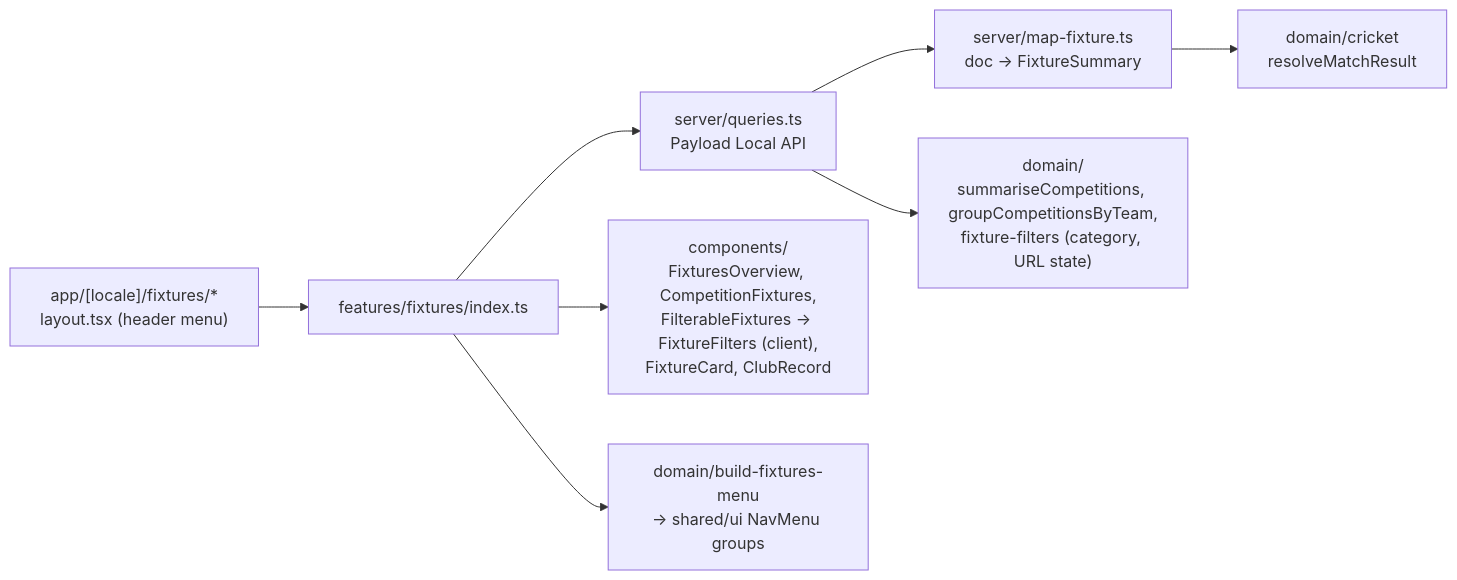
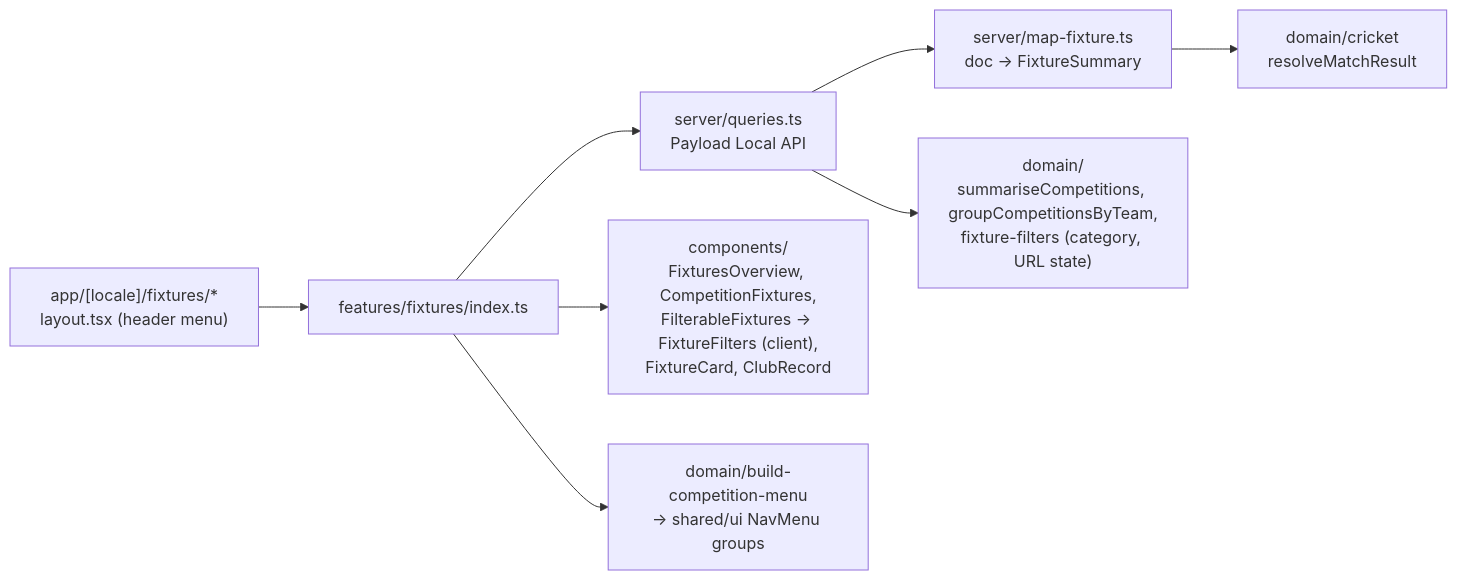
Before and after one commit to Saqibrafiq/erlangen-cricket-club: the third of 4 diagrams in docs/arc42/05-building-block-view.md, drawn with Mermaid. The commit also changed other lines of this file and 65 other files, not shown here.

````diff
--- a/docs/arc42/05-building-block-view.md
+++ b/docs/arc42/05-building-block-view.md
@@ -78,10 +79,10 @@
 ```mermaid
 flowchart LR
   pages["app/[locale]/fixtures/*<br/>layout.tsx (header menu)"] --> index["features/fixtures/index.ts"]
   index --> queries["server/queries.ts<br/>Payload Local API"]
   queries --> mapper["server/map-fixture.ts<br/>doc → FixtureSummary"]
   mapper --> domain["domain/cricket<br/>resolveMatchResult"]
   queries --> fdomain["domain/<br/>summariseCompetitions, groupCompetitionsByTeam,<br/>fixture-filters (category, URL state)"]
   index --> components["components/<br/>FixturesOverview, CompetitionFixtures,<br/>FilterableFixtures → FixtureFilters (client),<br/>FixtureCard, ClubRecord"]
-  index --> menu["domain/build-fixtures-menu<br/>→ shared/ui NavMenu groups"]
+  index --> menu["domain/build-competition-menu<br/>→ shared/ui NavMenu groups"]
 ```
````
